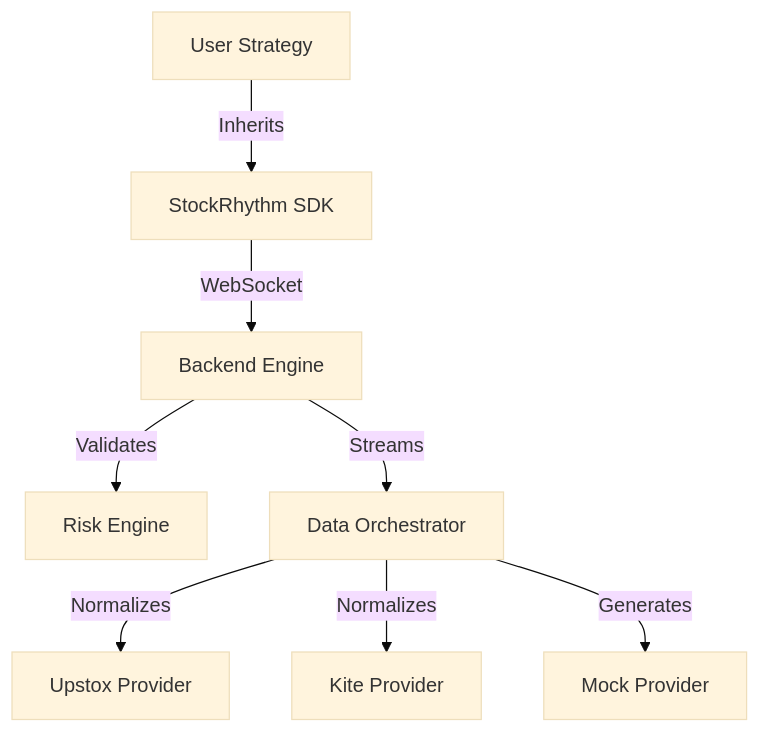
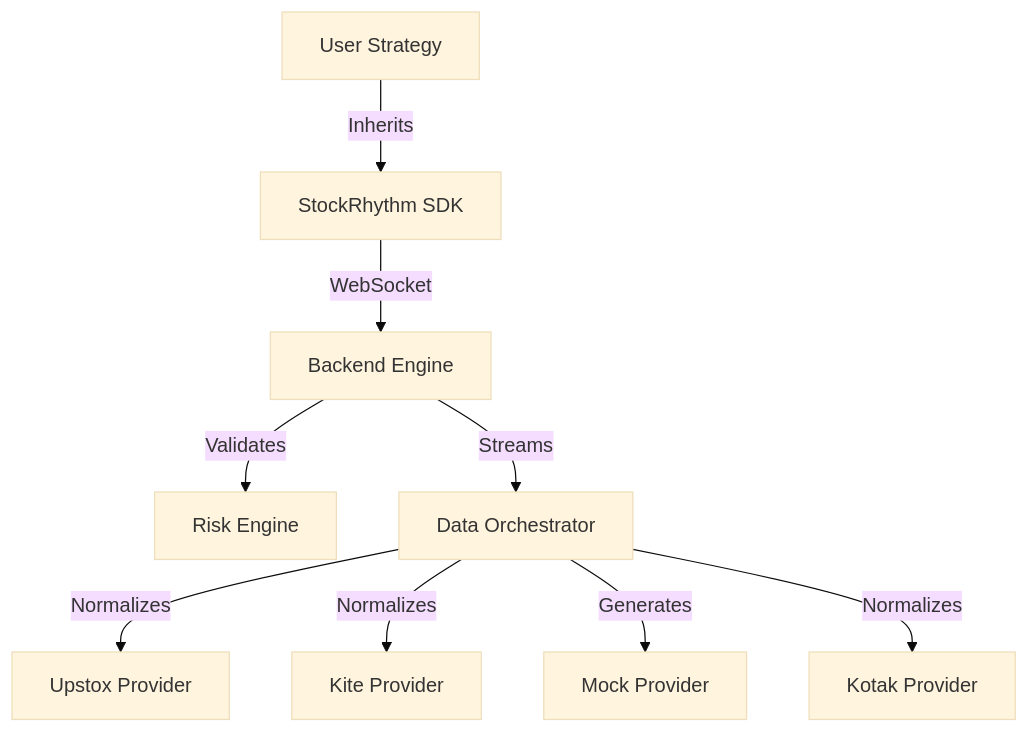
The diagram in GEMINI.md (berabhishek/stockrhythm), drawn with Mermaid (base theme) before and after one commit. The commit also changed other lines of this file and 9 other files, not shown here.

Commit message:
feat: Integrate Kotak provider with dynamic market data subscriptions via WebSocket, including a new example strategy and integration test.

````diff
--- a/GEMINI.md
+++ b/GEMINI.md
@@ -15,10 +15,11 @@
 ```mermaid
 graph TD
     User[User Strategy] -->|Inherits| SDK[StockRhythm SDK]
     SDK -->|WebSocket| Backend[Backend Engine]
     Backend -->|Validates| Risk[Risk Engine]
     Backend -->|Streams| Data[Data Orchestrator]
     Data -->|Normalizes| Upstox[Upstox Provider]
     Data -->|Normalizes| Kite[Kite Provider]
     Data -->|Generates| Mock[Mock Provider]
+    Data -->|Normalizes| Kotak[Kotak Provider]
 ```
````
